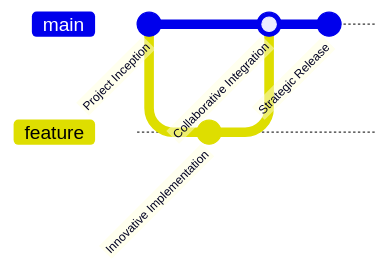
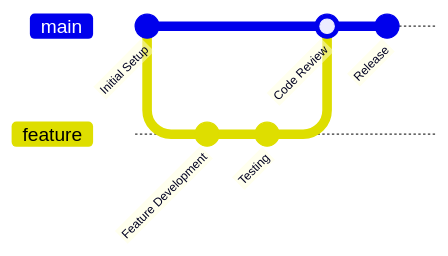
The diagram in README.md (duggal1/stripe-kit), drawn with Mermaid before and after one commit. The commit also changed other lines of this file, not shown here.

````diff
--- a/README.md
+++ b/README.md
@@ -90,10 +109,11 @@
 ```mermaid
 gitGraph
-    commit id: "Project Inception"
+    commit id: "Initial Setup"
     branch feature
     checkout feature
-    commit id: "Innovative Implementation"
+    commit id: "Feature Development"
+    commit id: "Testing"
     checkout main
-    merge feature id: "Collaborative Integration"
-    commit id: "Strategic Release"
+    merge feature id: "Code Review"
+    commit id: "Release"
 ```
````
